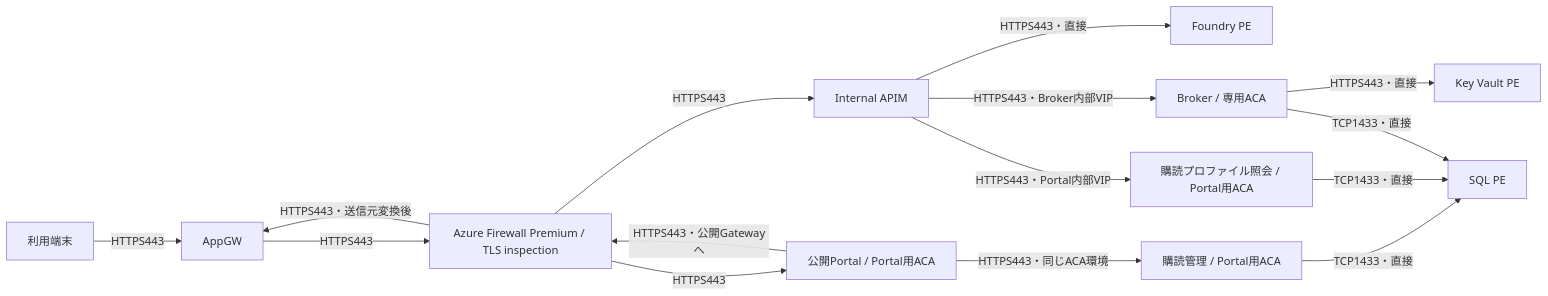
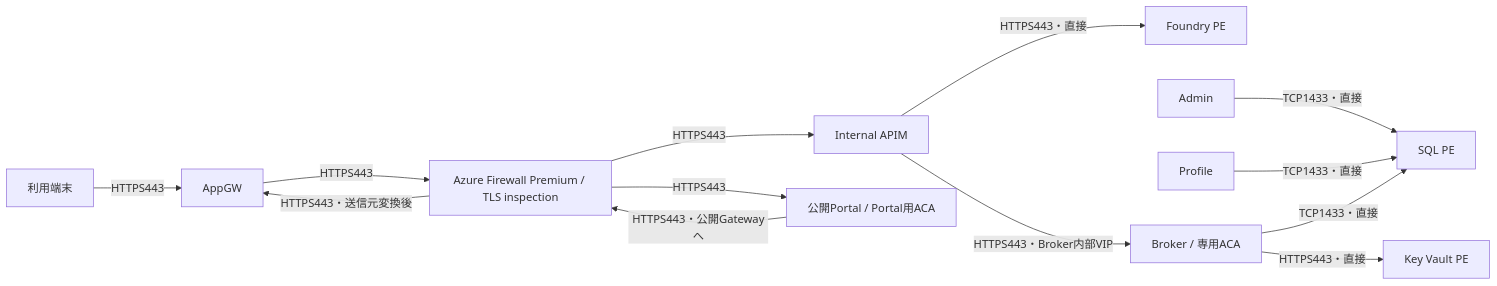
One commit to hrkd83/egakumi changed the diagram in docs/reference/network-communication-requirements.md. Above: the diagram before and after it, drawn with Mermaid. The commit also changed other lines of this file and 476 other files, not shown here.

````diff
--- a/docs/reference/network-communication-requirements.md
+++ b/docs/reference/network-communication-requirements.md
@@ -33,17 +33,15 @@
 ```mermaid
 flowchart LR
     Client[利用端末] -->|HTTPS443| GW[AppGW]
     GW -->|HTTPS443| FW[Azure Firewall Premium / TLS inspection]
     FW -->|HTTPS443| APIM[Internal APIM]
     FW -->|HTTPS443| Portal[公開Portal / Portal用ACA]
     APIM -->|HTTPS443・直接| Foundry[Foundry PE]
     APIM -->|HTTPS443・Broker内部VIP| Broker[Broker / 専用ACA]
-    APIM -->|HTTPS443・Portal内部VIP| Profile[購読プロファイル照会 / Portal用ACA]
-    Portal -->|HTTPS443・同じACA環境| Admin[購読管理 / Portal用ACA]
     Admin -->|TCP1433・直接| SQL[SQL PE]
     Profile -->|TCP1433・直接| SQL
     Broker -->|TCP1433・直接| SQL
     Broker -->|HTTPS443・直接| KV[Key Vault PE]
     Portal -->|HTTPS443・公開Gatewayへ| FW
     FW -->|HTTPS443・送信元変換後| GW
 ```
````
